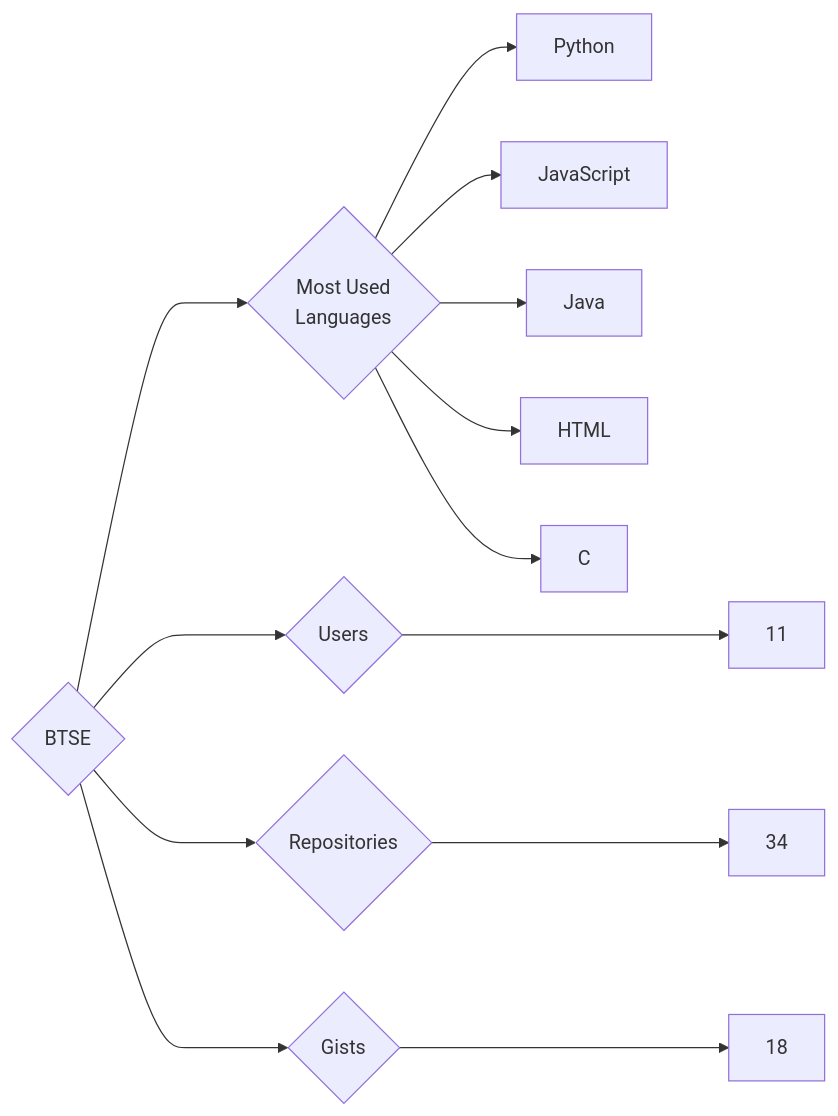
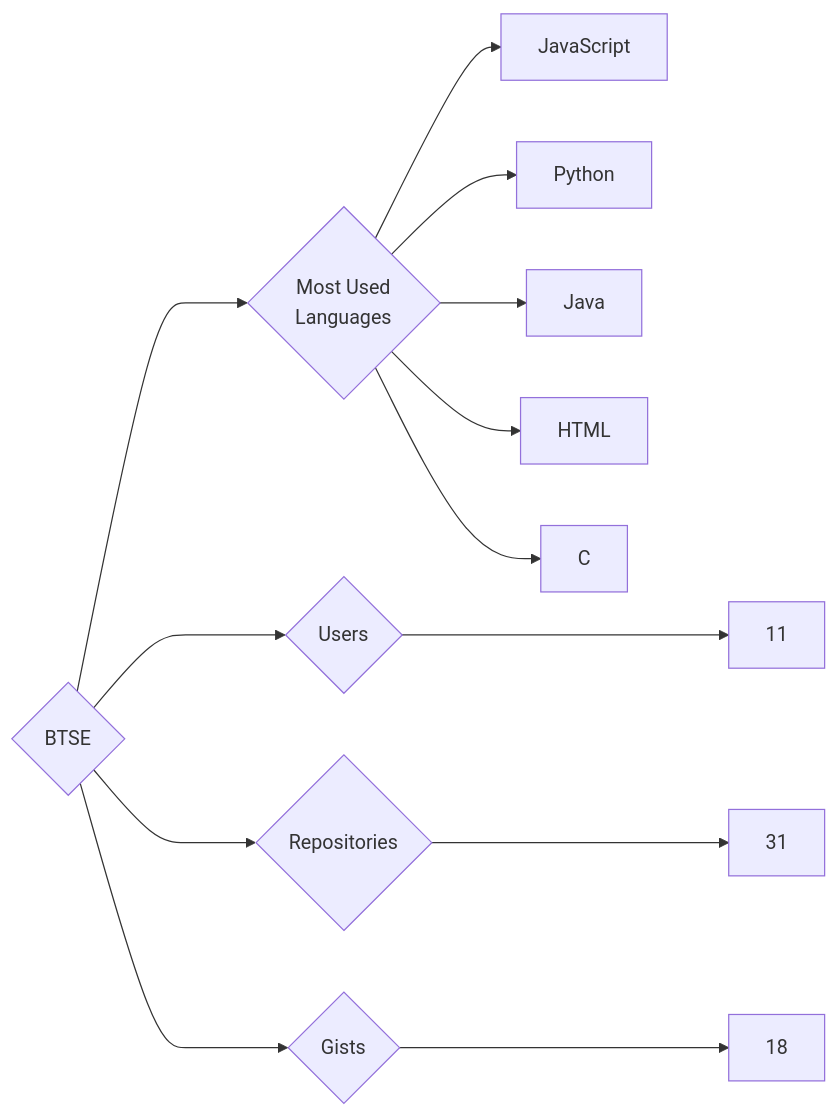
Before and after one commit to trickest/insiders: the diagram in targets/BTSE/README.md, drawn with Mermaid. The commit also changed 934 other files, not shown here.

````diff
--- a/targets/BTSE/README.md
+++ b/targets/BTSE/README.md
@@ -3,13 +3,13 @@
 ```mermaid
 graph LR
 COMPANY_NAME{BTSE}
 COMPANY_NAME ---> U{Users} ---> UN[11]
-COMPANY_NAME ---> R{Repositories} ---> RN[34]
+COMPANY_NAME ---> R{Repositories} ---> RN[31]
 COMPANY_NAME ---> G{Gists} ---> GN[18]
 COMPANY_NAME ---> ML{Most Used<br>Languages}
+ML --> JavaScript[JavaScript]
 ML --> Python[Python]
-ML --> JavaScript[JavaScript]
 ML --> Java[Java]
 ML --> HTML[HTML]
 ML --> C[C]
 ```
````
